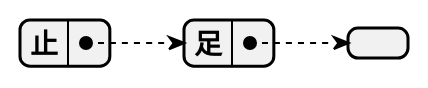
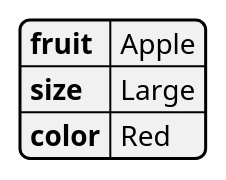
The diagram in index.iuml (imharrywu/ChineseCharacterTree), drawn with PlantUML before and after one commit.

```diff
--- a/index.iuml
+++ b/index.iuml
@@ -1,7 +1,7 @@
 @startjson
 {
-  "止":{
-    "足":{}
-  }
+   "fruit":"Apple",
+   "size":"Large",
+   "color":"Red"
 }
 @endjson
```
